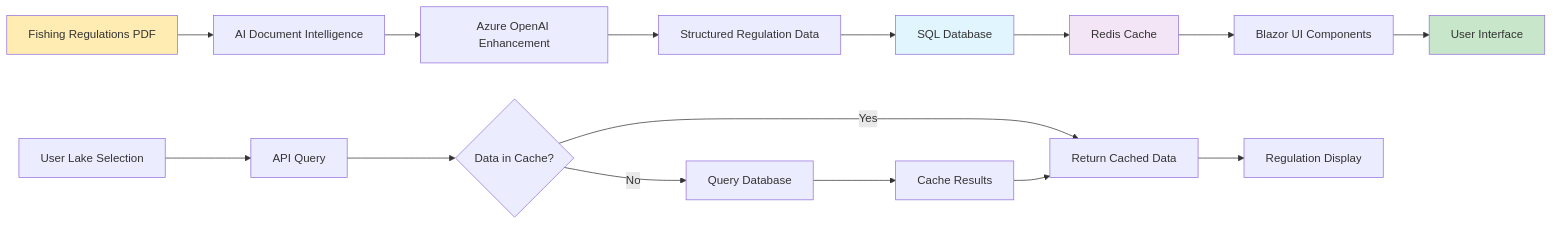
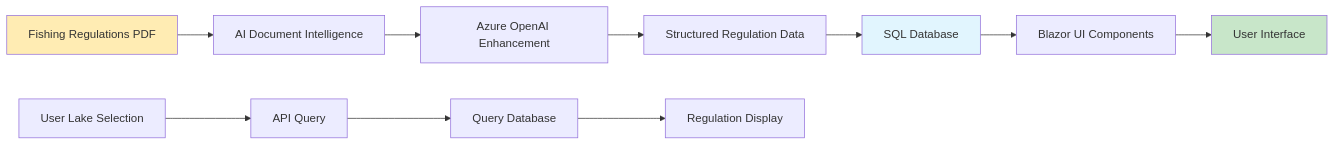
One commit to rockfordlhotka/BlazorFishingRegs changed the eighth of 13 diagrams in docs/Process-Flow-Documentation.md. Above: the diagram before and after it, drawn with Mermaid. The commit also changed other lines of this file and 26 other files, not shown here.

````diff
--- a/docs/Process-Flow-Documentation.md
+++ b/docs/Process-Flow-Documentation.md
@@ -202,23 +197,17 @@
 ```mermaid
 flowchart LR
     A[Fishing Regulations PDF] --> B[AI Document Intelligence]
     B --> C[Azure OpenAI Enhancement]
     C --> D[Structured Regulation Data]
     D --> E[SQL Database]
-    E --> F[Redis Cache]
-    F --> G[Blazor UI Components]
-    G --> H[User Interface]
+    E --> F[Blazor UI Components]
+    F --> G[User Interface]
     
-    I[User Lake Selection] --> J[API Query]
-    J --> K{Data in Cache?}
-    K -->|Yes| L[Return Cached Data]
-    K -->|No| M[Query Database]
-    M --> N[Cache Results]
-    N --> L
-    L --> O[Regulation Display]
+    H[User Lake Selection] --> I[API Query]
+    I --> J[Query Database]
+    J --> K[Regulation Display]
     
     style A fill:#ffecb3
-    style H fill:#c8e6c9
+    style G fill:#c8e6c9
     style E fill:#e1f5fe
-    style F fill:#f3e5f5
 ```
````
